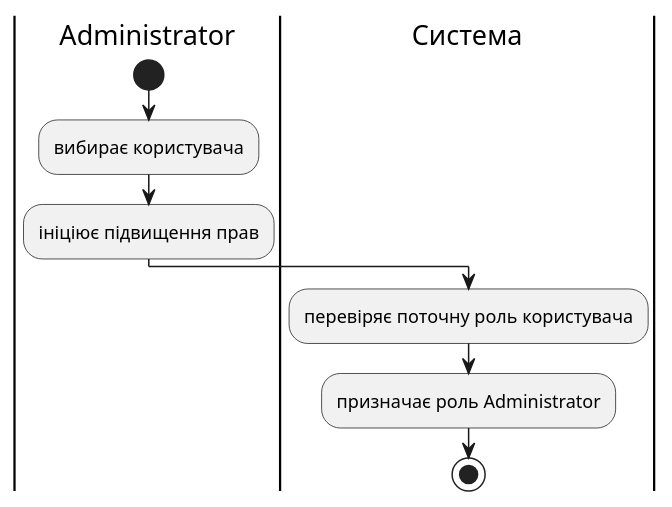
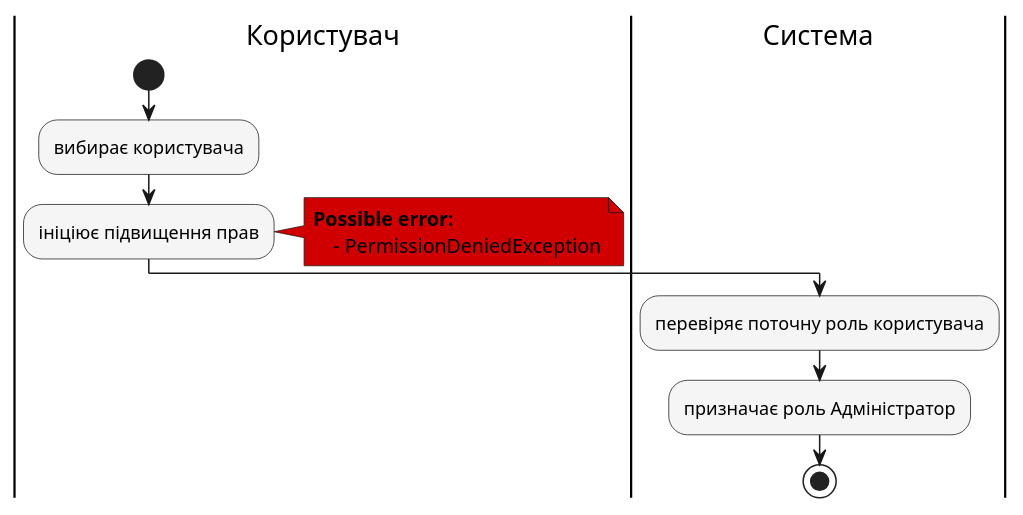
Before and after one commit to amaibun/edu_db_labs: the third of 9 diagrams in docs/use cases/README.md, drawn with PlantUML. The commit also changed other lines of this file, not shown here.

Commit message:
refactor: add diagram style refactor: delete unused scenarios

```diff
--- a/docs/use cases/README.md
+++ b/docs/use cases/README.md
@@ -351,11 +354,17 @@
 @startuml
-|Administrator|
+skinparam ActivityBackgroundColor #f5f5f5
+|Користувач|
 start
 :вибирає користувача;
 :ініціює підвищення прав;
 
+note right #d10000
+<b>Possible error:
+    - PermissionDeniedException
+end note
+
 |Система|
 :перевіряє поточну роль користувача;
-:призначає роль Administrator;
+:призначає роль Адміністратор;
 stop
 @enduml
```
